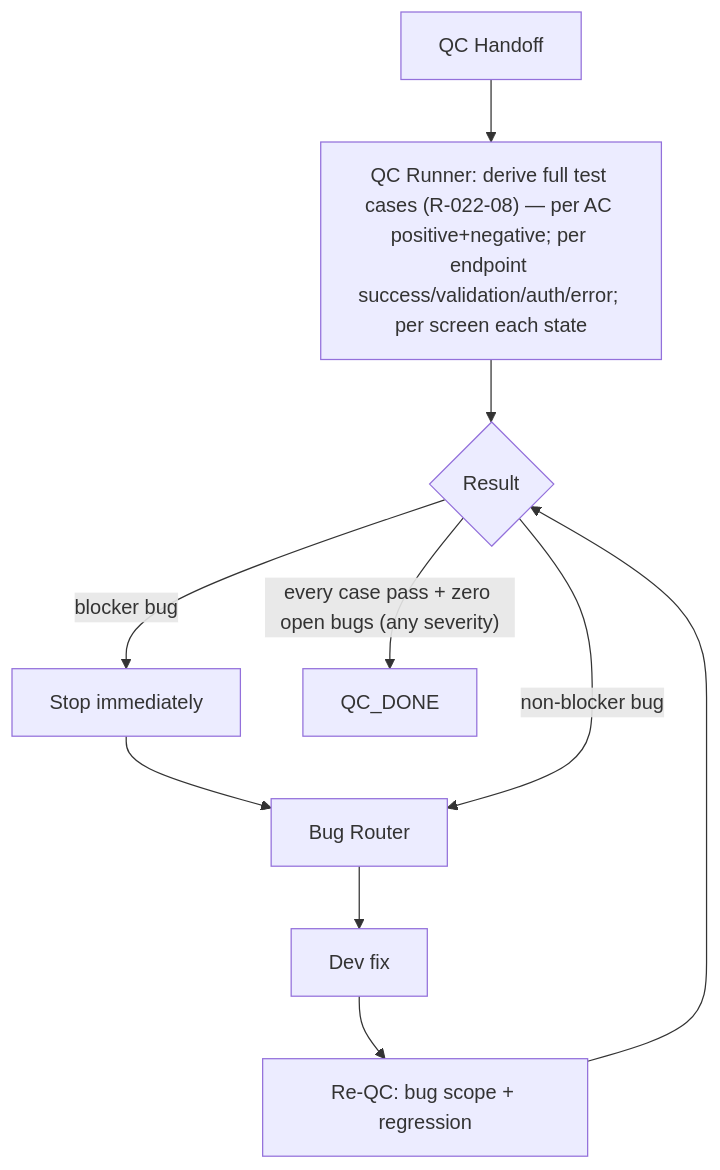
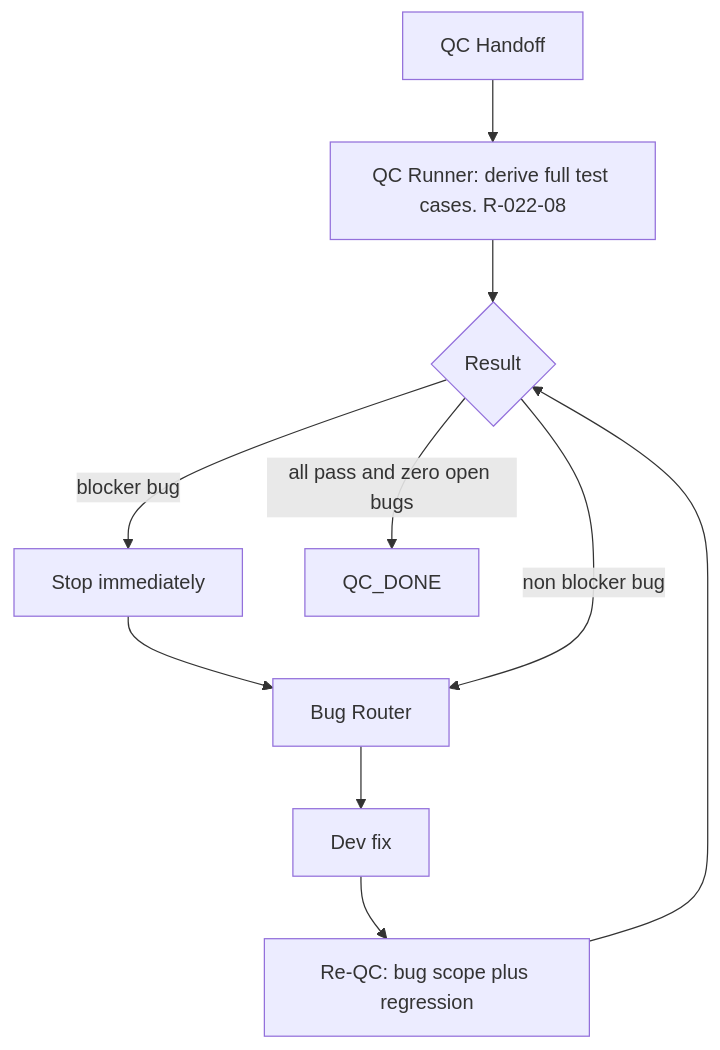
Before and after one commit to ryan-nguyen-01/agent-workspace: the fourth of 10 diagrams in .maestro/engine/docs/visual-flow.md, drawn with Mermaid. The commit also changed other lines of this file and 8 other files, not shown here.

First line of the commit message:
fix(diagrams): mermaid-safe syntax + single source; docs link to visual-flow

````diff
--- a/.maestro/engine/docs/visual-flow.md
+++ b/.maestro/engine/docs/visual-flow.md
@@ -62,10 +70,12 @@
 ```mermaid
 flowchart TD
-  HO["QC Handoff"] --> QC["QC Runner: derive full test cases (R-022-08) — per AC positive+negative; per endpoint success/validation/auth/error; per screen each state"]
+  HO["QC Handoff"] --> QC["QC Runner: derive full test cases. R-022-08"]
   QC --> R{"Result"}
-  R -->|blocker bug| SB["Stop immediately"] --> BR["Bug Router"]
-  R -->|non-blocker bug| BR
-  BR --> FIX["Dev fix"] --> RT["Re-QC: bug scope + regression"]
+  R -->|blocker bug| SB["Stop immediately"]
+  SB --> BR["Bug Router"]
+  R -->|non blocker bug| BR
+  BR --> FIX["Dev fix"]
+  FIX --> RT["Re-QC: bug scope plus regression"]
   RT --> R
-  R -->|"every case pass + zero open bugs (any severity)"| QD["QC_DONE"]
+  R -->|all pass and zero open bugs| QD["QC_DONE"]
 ```
````
